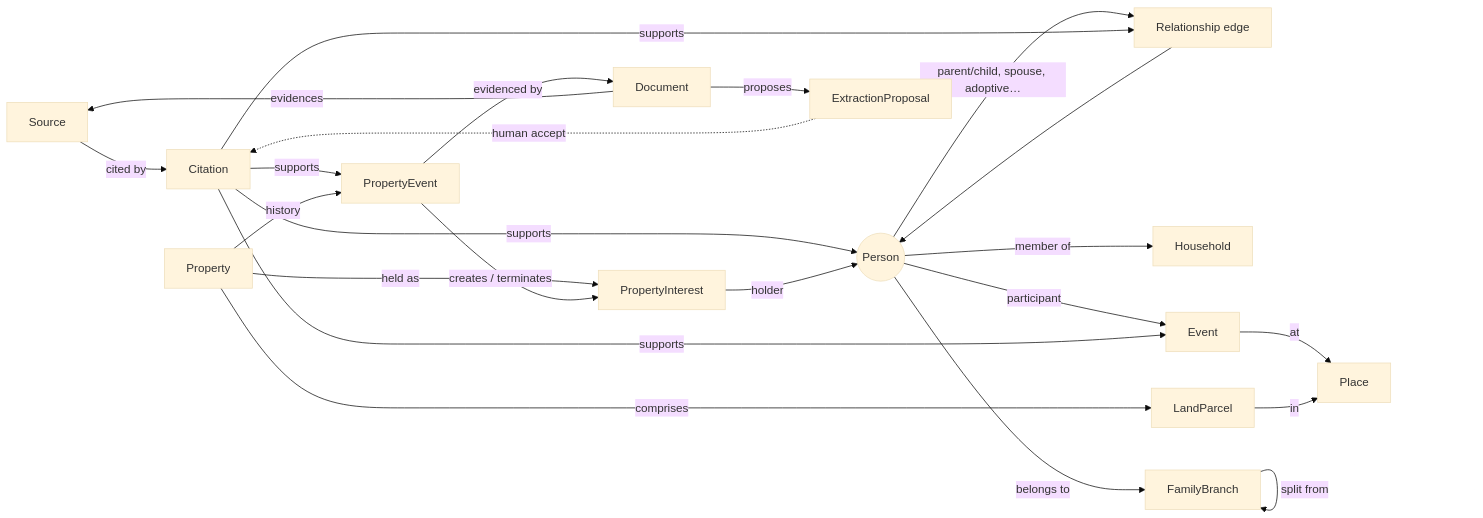
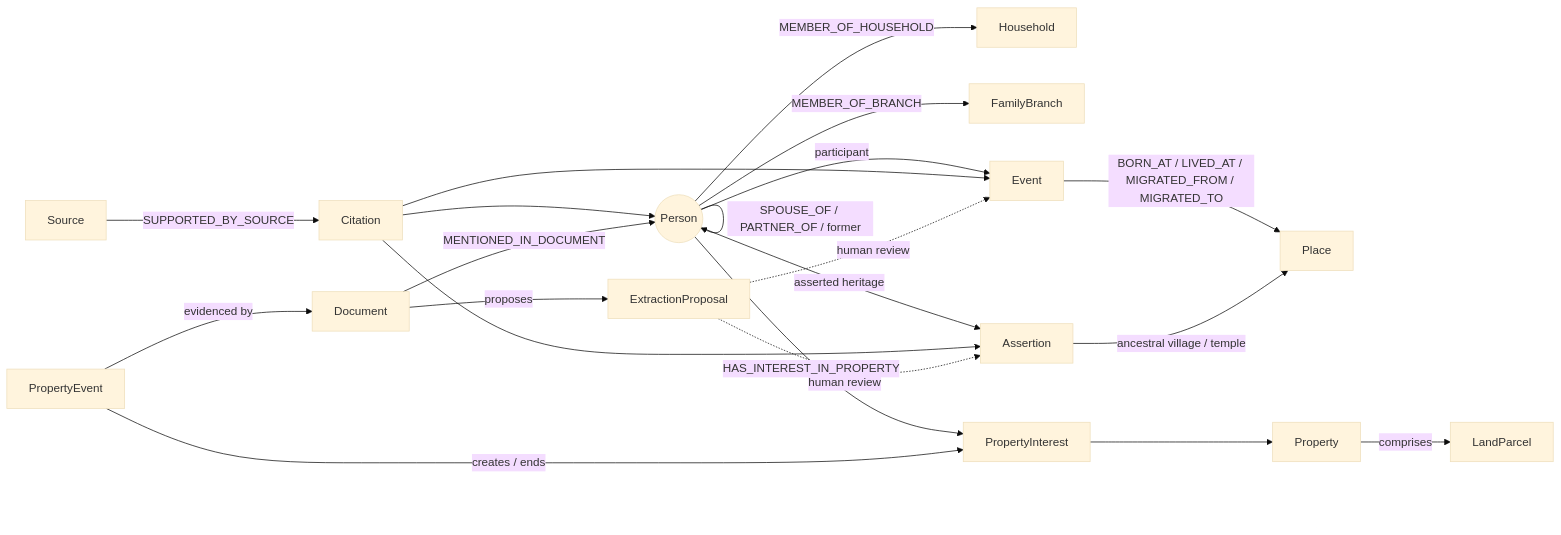
One commit to ManishPandey21/Vanshavali changed the second of 2 diagrams in docs/architecture/domain-model.md. Above: the diagram before and after it, drawn with Mermaid (base theme). The commit also changed other lines of this file and 42 other files, not shown here.

````diff
--- a/docs/architecture/domain-model.md
+++ b/docs/architecture/domain-model.md
@@ -52,22 +69,21 @@
 ```mermaid
 graph LR
-  P((Person)) -- parent/child, spouse, adoptive… --> R[Relationship edge]
-  R --> P
-  P -- member of --> H[Household]
-  P -- belongs to --> B[FamilyBranch]
-  B -- split from --> B
+  P((Person)) -- PARENT_OF: biological / adoptive / step / foster / guardian --> P
+  P -- SPOUSE_OF / PARTNER_OF / former --> P
+  P -- MEMBER_OF_HOUSEHOLD --> H[Household]
+  P -- MEMBER_OF_BRANCH --> B[FamilyBranch]
   P -- participant --> E[Event]
-  E -- at --> PL[Place]
-  S[Source] -- cited by --> C[Citation]
-  C -- supports --> P & R & E & PE
-  D[Document] -- evidences --> S
+  E -- BORN_AT / LIVED_AT / MIGRATED_FROM / MIGRATED_TO --> PL[Place]
+  P -- asserted heritage --> A[Assertion]
+  A -- ancestral village / temple --> PL
+  S[Source] -- SUPPORTED_BY_SOURCE --> C[Citation]
+  C --> P & E & A
+  D[Document] -- MENTIONED_IN_DOCUMENT --> P
   D -- proposes --> X[ExtractionProposal]
-  X -. human accept .-> C
+  X -. human review .-> A & E
   PR[Property] -- comprises --> LP[LandParcel]
-  LP -- in --> PL
-  PR -- held as --> PI[PropertyInterest]
-  PI -- holder --> P
-  PR -- history --> PE[PropertyEvent]
-  PE -- creates / terminates --> PI
+  P -- HAS_INTEREST_IN_PROPERTY --> PI[PropertyInterest]
+  PI --> PR
+  PE[PropertyEvent] -- creates / ends --> PI
   PE -- evidenced by --> D
 ```
````
